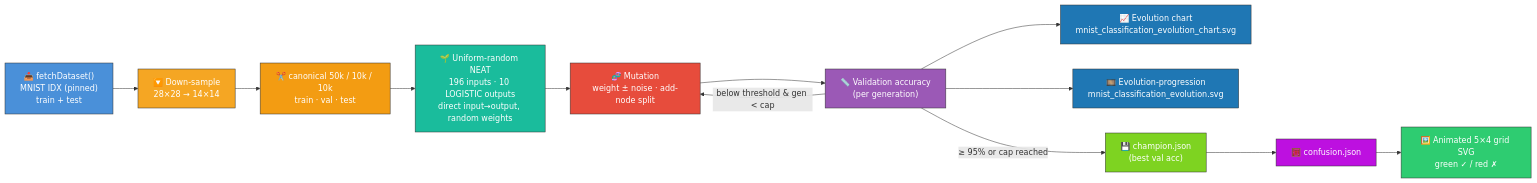
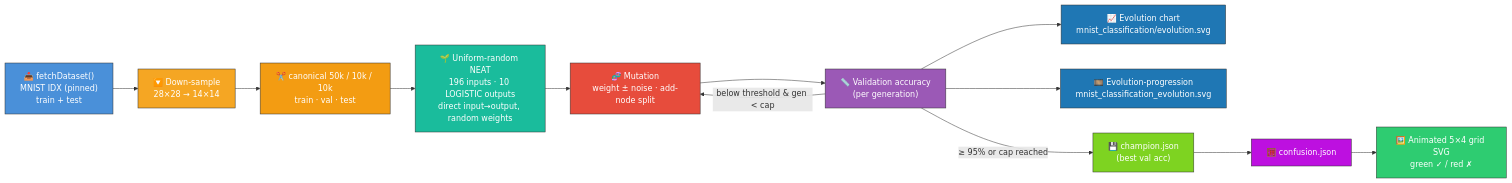
One commit to stSoftwareAU/NEAT-AI-Examples changed the diagram in mnist_classification/README.md. Above: the diagram before and after it, drawn with Mermaid. The commit also changed other lines of this file and 5 other files, not shown here.

First line of the commit message:
mnist_classification: wire evolution chart to docs/screenshots/mnist_classification/evolution.svg (#111)

````diff
--- a/mnist_classification/README.md
+++ b/mnist_classification/README.md
@@ -41,32 +41,32 @@
 ```mermaid
 flowchart LR
     DL["📥 fetchDataset()<br/>MNIST IDX (pinned)<br/>train + test"]
     DOWN["🔽 Down-sample<br/>28×28 → 14×14"]
     SPLIT["✂️ canonical 50k / 10k / 10k<br/>train · val · test"]
     NOISE["🌱 Uniform-random NEAT<br/>196 inputs · 10 LOGISTIC outputs<br/>direct input→output, random weights"]
     MUT["🧬 Mutation<br/>weight ± noise · add-node split"]
     SCORE["📏 Validation accuracy<br/>(per generation)"]
-    CHART["📈 Evolution chart<br/>mnist_classification_evolution_chart.svg"]
+    CHART["📈 Evolution chart<br/>mnist_classification/evolution.svg"]
     STRIP["🎞️ Evolution-progression<br/>mnist_classification_evolution.svg"]
     CHAMP["💾 champion.json<br/>(best val acc)"]
     CONF["🧮 confusion.json"]
     GRID["🖼️ Animated 5×4 grid SVG<br/>green ✓ / red ✗"]
 
     DL --> DOWN --> SPLIT --> NOISE --> MUT --> SCORE
     SCORE -- below threshold & gen < cap --> MUT
     SCORE -- ≥ 95% or cap reached --> CHAMP --> CONF --> GRID
     SCORE --> CHART
     SCORE --> STRIP
 
     style DL fill:#4a90d9,stroke:#333,color:#fff
     style DOWN fill:#f5a623,stroke:#333,color:#fff
     style SPLIT fill:#f39c12,stroke:#333,color:#fff
     style NOISE fill:#1abc9c,stroke:#333,color:#fff
     style MUT fill:#e74c3c,stroke:#333,color:#fff
     style SCORE fill:#9b59b6,stroke:#333,color:#fff
     style CHART fill:#1f77b4,stroke:#333,color:#fff
     style STRIP fill:#1f77b4,stroke:#333,color:#fff
     style CHAMP fill:#7ed321,stroke:#333,color:#fff
     style CONF fill:#bd10e0,stroke:#333,color:#fff
     style GRID fill:#2ecc71,stroke:#333,color:#fff
 ```
````
